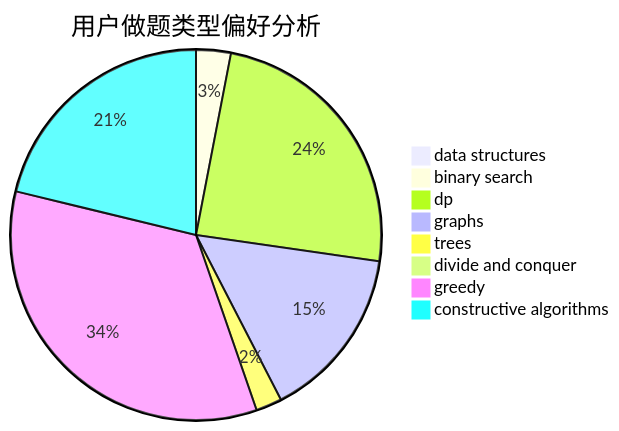
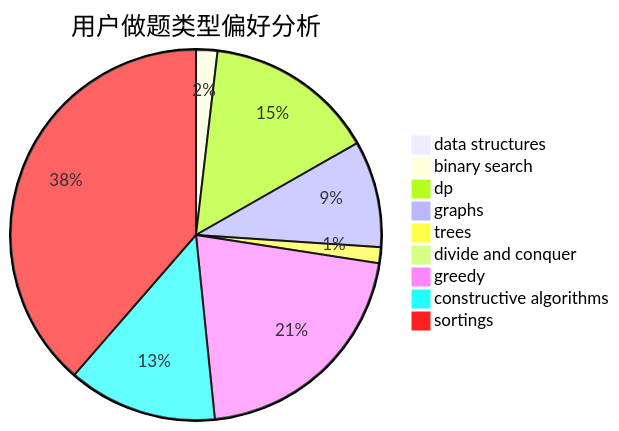
One commit to sherpahu/cfrs.github.io changed the second of 3 diagrams in docs/user/u2097.md. Above: the diagram before and after it, drawn with Mermaid. The commit also changed other lines of this file and 2769 other files, not shown here.

````diff
--- a/docs/user/u2097.md
+++ b/docs/user/u2097.md
@@ -23,11 +18,12 @@
 ```mermaid
 pie title 用户做题类型偏好分析
     "data structures" :  1
     "binary search" :  4
     "dp" :  32
     "graphs" :  20
     "trees" :  3
     "divide and conquer" :  0
     "greedy" :  45
     "constructive algorithms" :  28
+    "sortings" :  83
 ```
````
